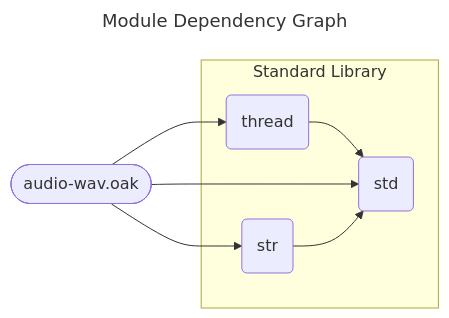
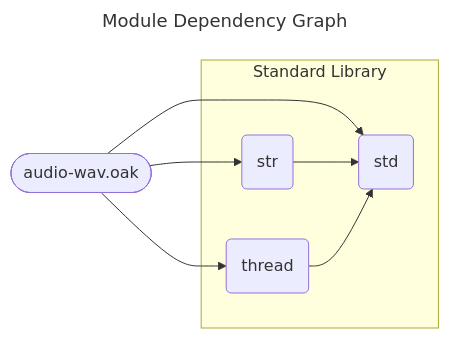
One commit to SpcFORK/magnolia changed the diagram in docs/spec/audio-wav.mmd. Above: the diagram before and after it, drawn with Mermaid. The commit also changed other lines of this file and 177 other files, not shown here.

First line of the commit message:
Refactor module dependency graphs and improve edge rendering

```diff
--- a/docs/spec/audio-wav.mmd
+++ b/docs/spec/audio-wav.mmd
@@ -1,15 +1,15 @@
 ---
 title: Module Dependency Graph
 ---
 flowchart LR
     lib_audio_wav_oak(["audio-wav.oak"])
-    thread --> std
+    subgraph stdlib_core ["Standard Library"]
+        str("str")
+        thread("thread")
+        std("std")
+    end
     lib_audio_wav_oak --> std
     lib_audio_wav_oak --> str
     lib_audio_wav_oak --> thread
     str --> std
-    subgraph stdlib_core ["Standard Library"]
-        thread("thread")
-        std("std")
-        str("str")
-    end
+    thread --> std
```
